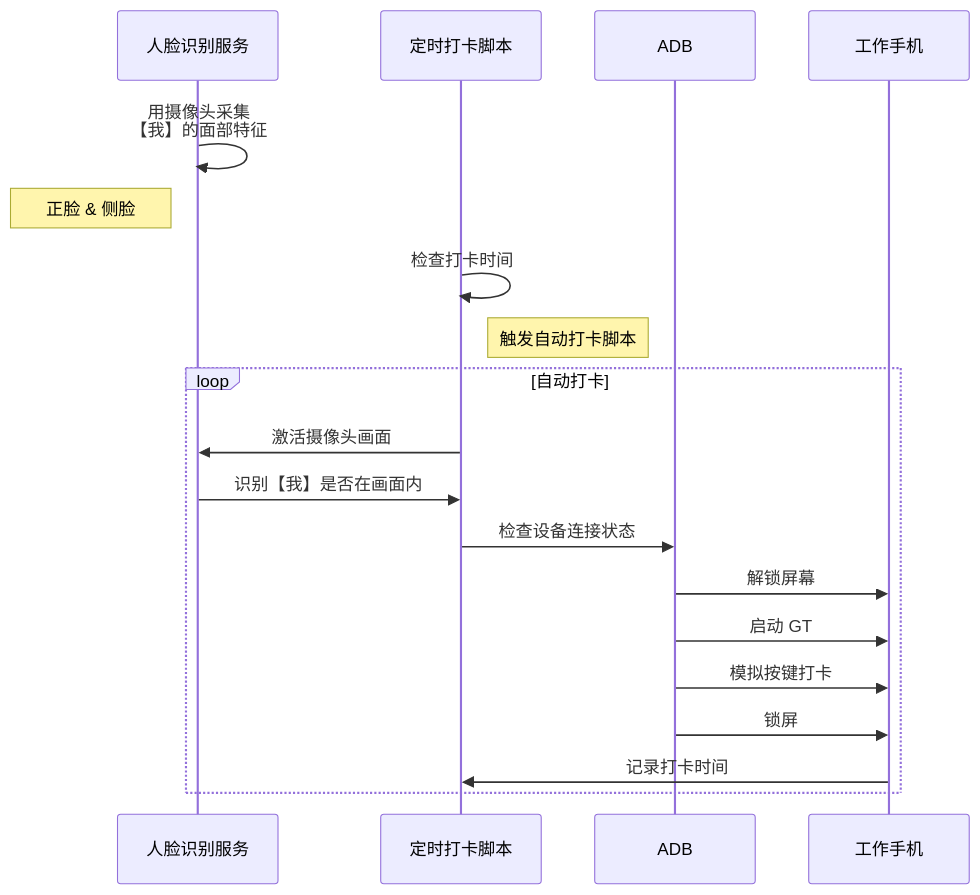
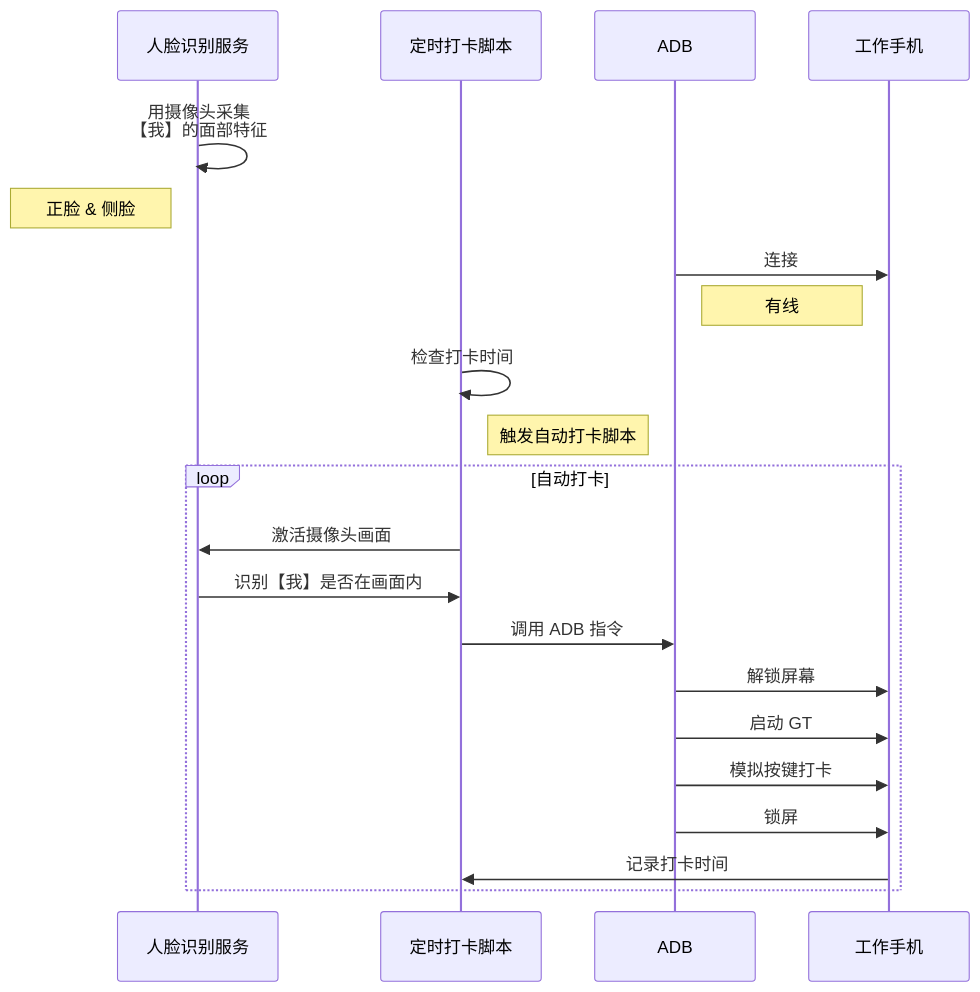
Before and after one commit to Visuals-AI/AI-auto-checkin: the diagram in README2.md, drawn with Mermaid.

Commit message:
更新方案

````diff
--- a/README2.md
+++ b/README2.md
@@ -51,21 +51,23 @@
 ```mermaid
 sequenceDiagram
     participant 人脸识别服务
     participant 定时打卡脚本
     participant ADB
     participant 工作手机
     人脸识别服务->>人脸识别服务: 用摄像头采集<br/>【我】的面部特征
     Note left of 人脸识别服务: 正脸 & 侧脸
+    ADB->>工作手机: 连接
+    Note left of 工作手机: 有线
     定时打卡脚本->>定时打卡脚本: 检查打卡时间
     Note right of 定时打卡脚本: 触发自动打卡脚本
     loop 自动打卡
         定时打卡脚本->>人脸识别服务: 激活摄像头画面
         人脸识别服务->>定时打卡脚本: 识别【我】是否在画面内
-        定时打卡脚本->>ADB: 检查设备连接状态
+        定时打卡脚本->>ADB: 调用 ADB 指令
         ADB->>工作手机: 解锁屏幕
         ADB->>工作手机: 启动 GT
         ADB->>工作手机: 模拟按键打卡
         ADB->>工作手机: 锁屏
         工作手机->>定时打卡脚本: 记录打卡时间
     end
 ```
````
